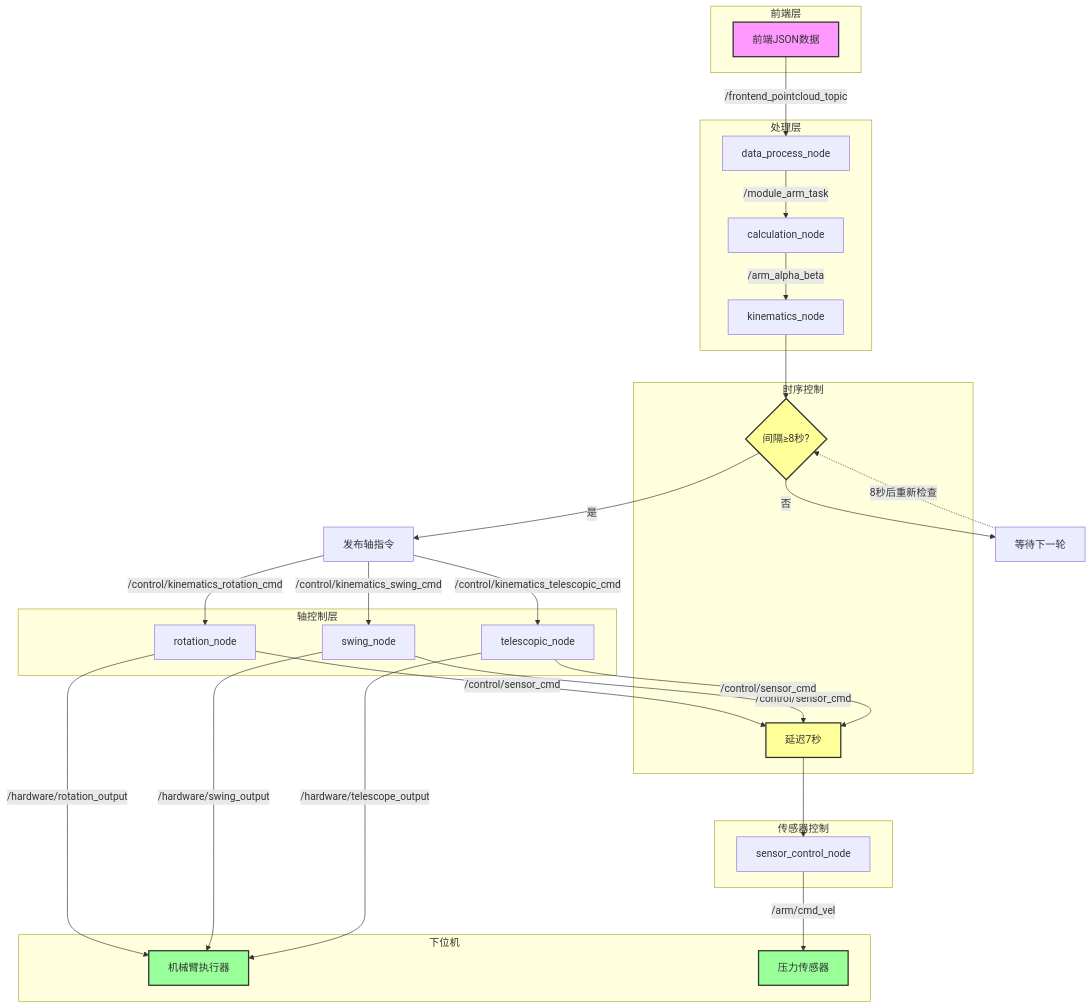
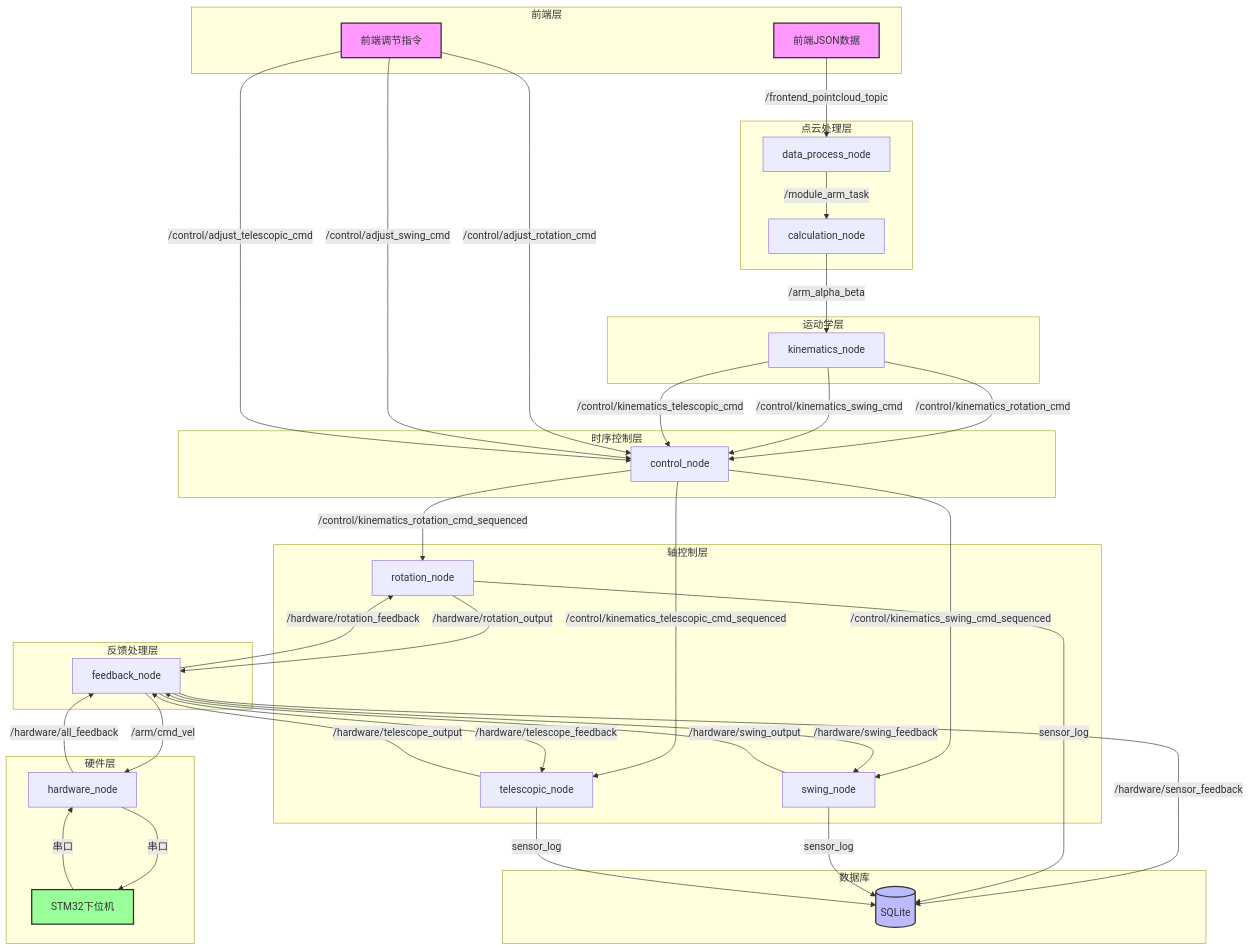
Before and after one commit to DOGE-k/ROS_MES: the first of 3 diagrams in robot_control_backend/flowchart.md, drawn with Mermaid. The commit also changed other lines of this file and 5 other files, not shown here.

````diff
--- a/robot_control_backend/flowchart.md
+++ b/robot_control_backend/flowchart.md
@@ -6,68 +6,82 @@
 flowchart TD
     subgraph 前端层
         A[前端JSON数据]
+        A2[前端调节指令]
     end
     
-    subgraph 处理层
+    subgraph 点云处理层
         B[data_process_node]
         C[calculation_node]
+    end
+    
+    subgraph 运动学层
         D[kinematics_node]
     end
     
-    subgraph 轴控制层
-        E[rotation_node]
-        F[swing_node]
-        G[telescopic_node]
+    subgraph 时序控制层
+        E[control_node]
     end
     
-    subgraph 传感器控制
-        H[sensor_control_node]
+    subgraph 轴控制层
+        F[rotation_node]
+        G[swing_node]
+        H[telescopic_node]
     end
     
-    subgraph 下位机
-        I[机械臂执行器]
-        J[压力传感器]
+    subgraph 反馈处理层
+        I[feedback_node]
     end
     
-    subgraph 时序控制
-        K{间隔≥8秒?}
-        L[延迟7秒]
+    subgraph 硬件层
+        J[hardware_node]
+        K[STM32下位机]
+    end
+    
+    subgraph 数据库
+        L[(SQLite)]
     end
 
-    %% 主数据流
+    %% 主数据流：点云→处理→运动学→时序→轴控制→硬件
     A -->|/frontend_pointcloud_topic| B
     B -->|/module_arm_task| C
     C -->|/arm_alpha_beta| D
+    D -->|/control/kinematics_rotation_cmd| E
+    D -->|/control/kinematics_swing_cmd| E
+    D -->|/control/kinematics_telescopic_cmd| E
     
-    %% kinematics带间隔控制
-    D --> K
-    K -->|是| D_output[发布轴指令]
-    K -->|否| D_wait[等待下一轮]
+    %% 时序控制：三阶段执行
+    E -->|/control/kinematics_rotation_cmd_sequenced| F
+    E -->|/control/kinematics_swing_cmd_sequenced| G
+    E -->|/control/kinematics_telescopic_cmd_sequenced| H
     
-    D_output -->|/control/kinematics_rotation_cmd| E
-    D_output -->|/control/kinematics_swing_cmd| F
-    D_output -->|/control/kinematics_telescopic_cmd| G
+    %% 轴节点→反馈节点→硬件
+    F -->|/hardware/rotation_output| I
+    G -->|/hardware/swing_output| I
+    H -->|/hardware/telescope_output| I
+    I -->|/arm/cmd_vel| J
+    J -->|串口| K
     
-    D_wait -.->|8秒后重新检查| K
+    %% 前端微调指令
+    A2 -->|/control/adjust_rotation_cmd| E
+    A2 -->|/control/adjust_swing_cmd| E
+    A2 -->|/control/adjust_telescopic_cmd| E
     
-    %% 轴节点触发传感器
-    E -->|/control/sensor_cmd| L
-    F -->|/control/sensor_cmd| L
-    G -->|/control/sensor_cmd| L
+    %% 硬件反馈
+    K -->|串口| J
+    J -->|/hardware/all_feedback| I
+    I -->|/hardware/rotation_feedback| F
+    I -->|/hardware/swing_feedback| G
+    I -->|/hardware/telescope_feedback| H
+    I -->|/hardware/sensor_feedback| L
     
-    %% 传感器延迟发送
-    L --> H
-    
-    %% 下发到下位机
-    E -->|/hardware/rotation_output| I
-    F -->|/hardware/swing_output| I
-    G -->|/hardware/telescope_output| I
-    H -->|/arm/cmd_vel| J
+    %% 数据存储
+    F -->|sensor_log| L
+    G -->|sensor_log| L
+    H -->|sensor_log| L
 
     %% 样式
     style A fill:#f9f,stroke:#333,stroke-width:2px
-    style I fill:#9f9,stroke:#333,stroke-width:2px
-    style J fill:#9f9,stroke:#333,stroke-width:2px
-    style K fill:#ff9,stroke:#333,stroke-width:2px
-    style L fill:#ff9,stroke:#333,stroke-width:2px
+    style A2 fill:#f9f,stroke:#333,stroke-width:2px
+    style K fill:#9f9,stroke:#333,stroke-width:2px
+    style L fill:#bbf,stroke:#333,stroke-width:2px
 ```
````
